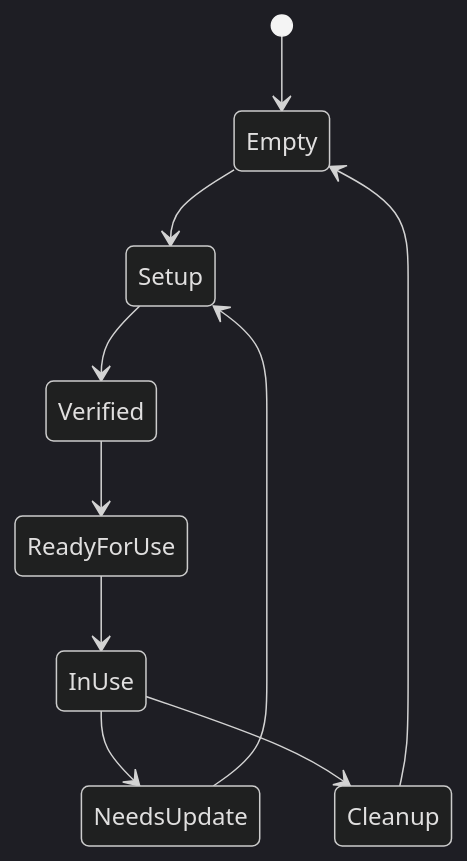
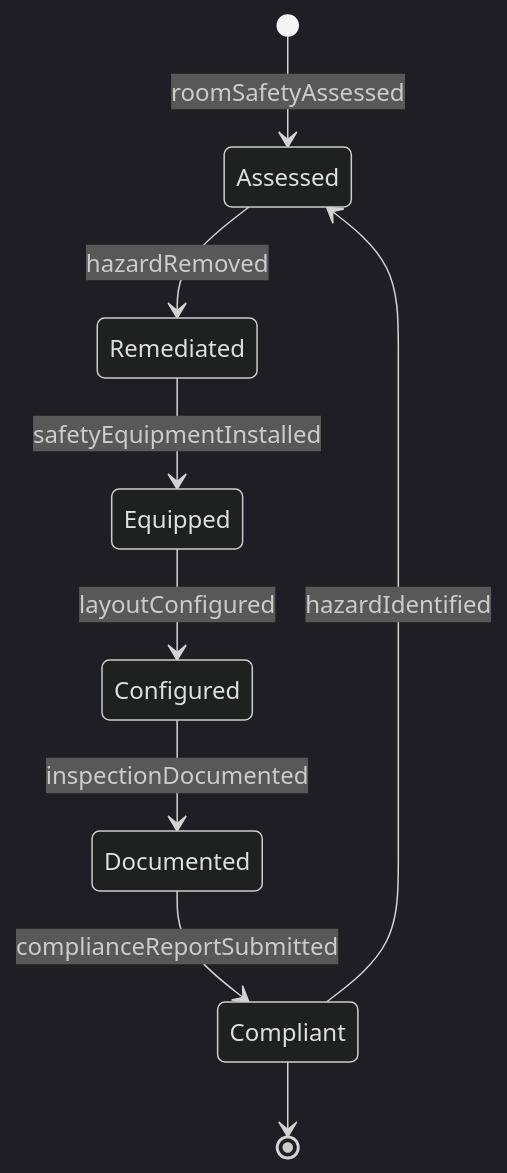
The second of 4 diagrams in HandlingAndMovingObjects/SetUpClassroomsFacilitiesEducationalMaterialsOrEquipment/ArrangeChildcareEducationalSettingsEnsure.mdx (dot-org-ai/tasks.org.ai), drawn with Mermaid (dark theme) before and after one commit. The commit also changed other lines of this file and 515 other files, not shown here.

````diff
--- a/HandlingAndMovingObjects/SetUpClassroomsFacilitiesEducationalMaterialsOrEquipment/ArrangeChildcareEducationalSettingsEnsure.mdx
+++ b/HandlingAndMovingObjects/SetUpClassroomsFacilitiesEducationalMaterialsOrEquipment/ArrangeChildcareEducationalSettingsEnsure.mdx
@@ -98,12 +98,11 @@
 ```mermaid
 stateDiagram-v2
-    [*] --> Empty
-    Empty --> Setup
-    Setup --> Verified
-    Verified --> ReadyForUse
-    ReadyForUse --> InUse
-    InUse --> NeedsUpdate
-    NeedsUpdate --> Setup
-    InUse --> Cleanup
-    Cleanup --> Empty
+    [*] --> Assessed : roomSafetyAssessed
+    Assessed --> Remediated : hazardRemoved
+    Remediated --> Equipped : safetyEquipmentInstalled
+    Equipped --> Configured : layoutConfigured
+    Configured --> Documented : inspectionDocumented
+    Documented --> Compliant : complianceReportSubmitted
+    Compliant --> Assessed : hazardIdentified
+    Compliant --> [*]
 ```
````
